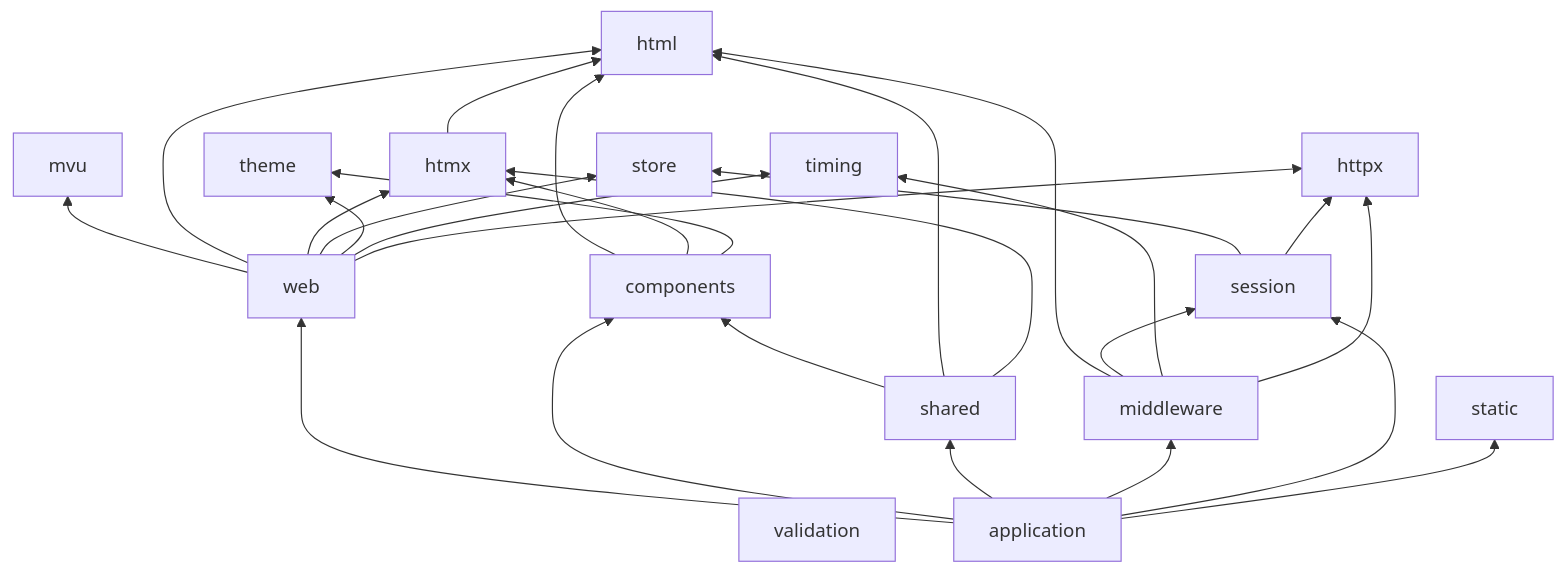
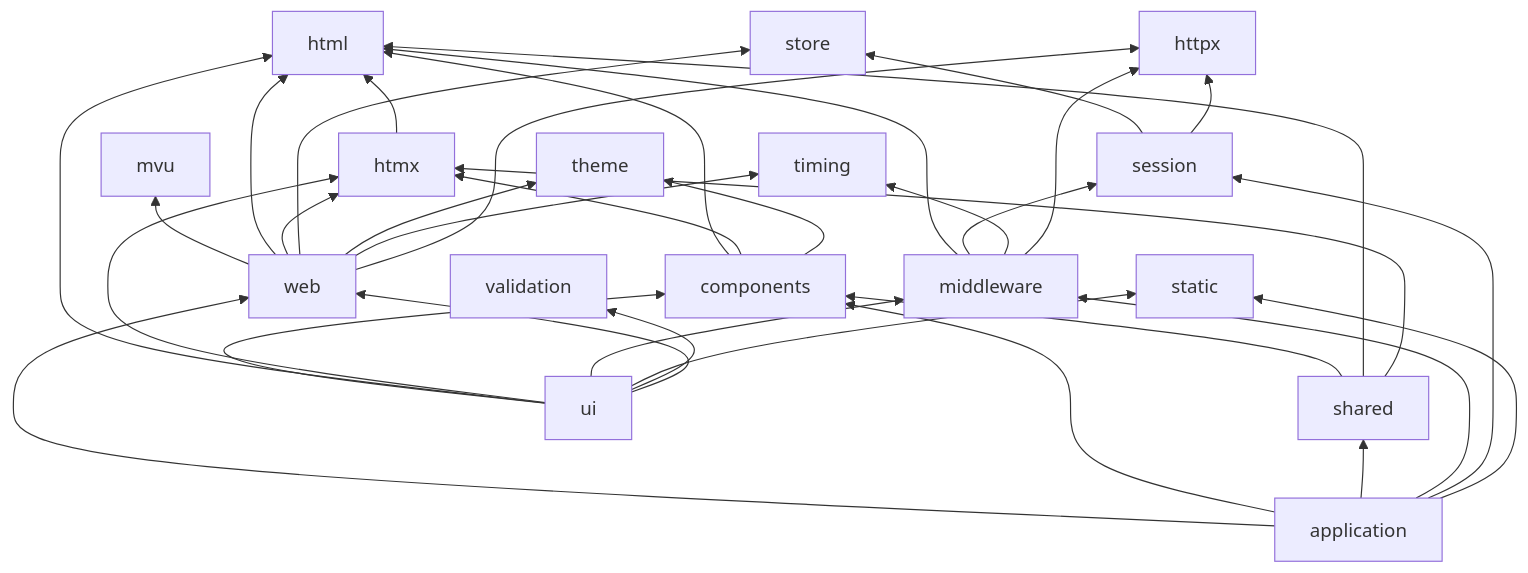
Before and after one commit to dmundt/go-mvu: the first of 2 diagrams in docs/architecture.md, drawn with Mermaid. The commit also changed other lines of this file and 40 other files, not shown here.

````diff
--- a/docs/architecture.md
+++ b/docs/architecture.md
@@ -65,11 +67,12 @@
 ```mermaid
 flowchart BT
   html; mvu; store; theme; static; validation; timing; httpx
   htmx --> html
   session --> store & httpx
   middleware --> html & session & timing & httpx
   components --> html & htmx & theme
   shared --> components & html & htmx
   web --> mvu & html & htmx & store & theme & timing & httpx
+  ui --> components & html & htmx & middleware & static & validation & web
   app[application] --> web & components & shared & middleware & session & static
 ```
````
